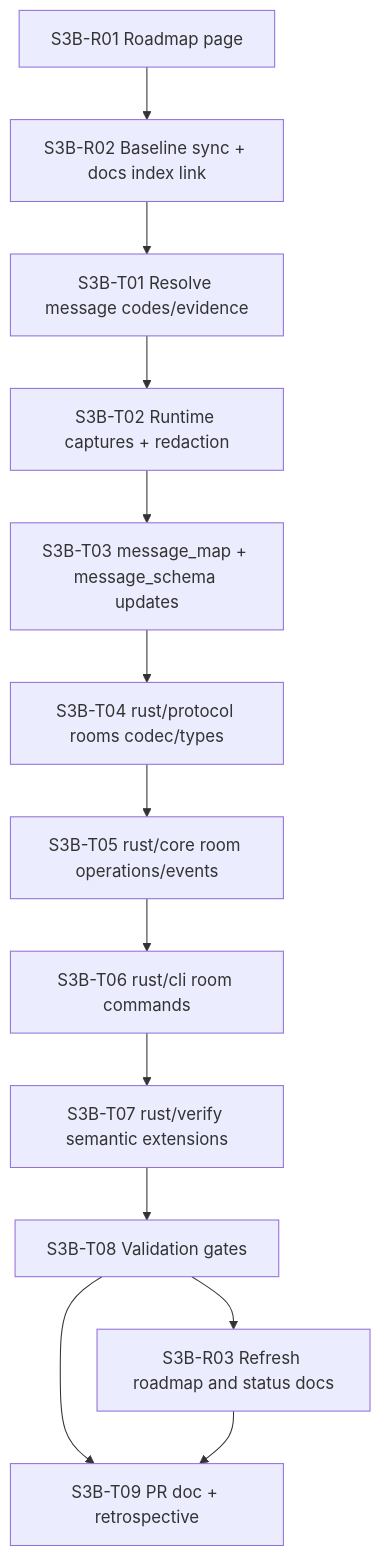
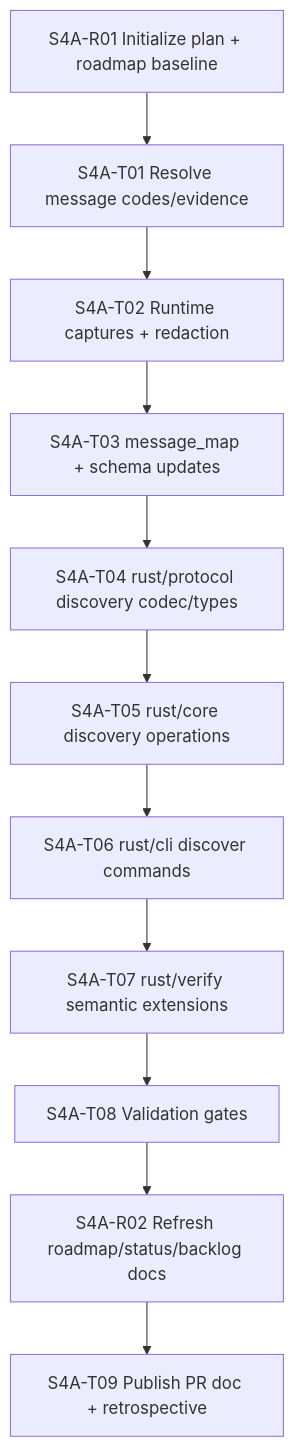
The second of 2 diagrams in docs/state/roadmap.md (fedejinich/nss), drawn with Mermaid before and after one commit. The commit also changed other lines of this file and 39 other files, not shown here.

Commit message:
stage4a: add recommendations/discovery batch with runtime parity

````diff
--- a/docs/state/roadmap.md
+++ b/docs/state/roadmap.md
@@ -25,15 +26,13 @@
 ```mermaid
 graph TD
-    R01["S3B-R01 Roadmap page"] --> R02["S3B-R02 Baseline sync + docs index link"]
-    R02 --> T01["S3B-T01 Resolve message codes/evidence"]
-    T01 --> T02["S3B-T02 Runtime captures + redaction"]
-    T02 --> T03["S3B-T03 message_map + message_schema updates"]
-    T03 --> T04["S3B-T04 rust/protocol rooms codec/types"]
-    T04 --> T05["S3B-T05 rust/core room operations/events"]
-    T05 --> T06["S3B-T06 rust/cli room commands"]
-    T06 --> T07["S3B-T07 rust/verify semantic extensions"]
-    T07 --> T08["S3B-T08 Validation gates"]
-    T08 --> R03["S3B-R03 Refresh roadmap and status docs"]
-    T08 --> T09["S3B-T09 PR doc + retrospective"]
-    R03 --> T09
+    R01["S4A-R01 Initialize plan + roadmap baseline"] --> T01["S4A-T01 Resolve message codes/evidence"]
+    T01 --> T02["S4A-T02 Runtime captures + redaction"]
+    T02 --> T03["S4A-T03 message_map + schema updates"]
+    T03 --> T04["S4A-T04 rust/protocol discovery codec/types"]
+    T04 --> T05["S4A-T05 rust/core discovery operations"]
+    T05 --> T06["S4A-T06 rust/cli discover commands"]
+    T06 --> T07["S4A-T07 rust/verify semantic extensions"]
+    T07 --> T08["S4A-T08 Validation gates"]
+    T08 --> R02["S4A-R02 Refresh roadmap/status/backlog docs"]
+    R02 --> T09["S4A-T09 Publish PR doc + retrospective"]
 ```
````
